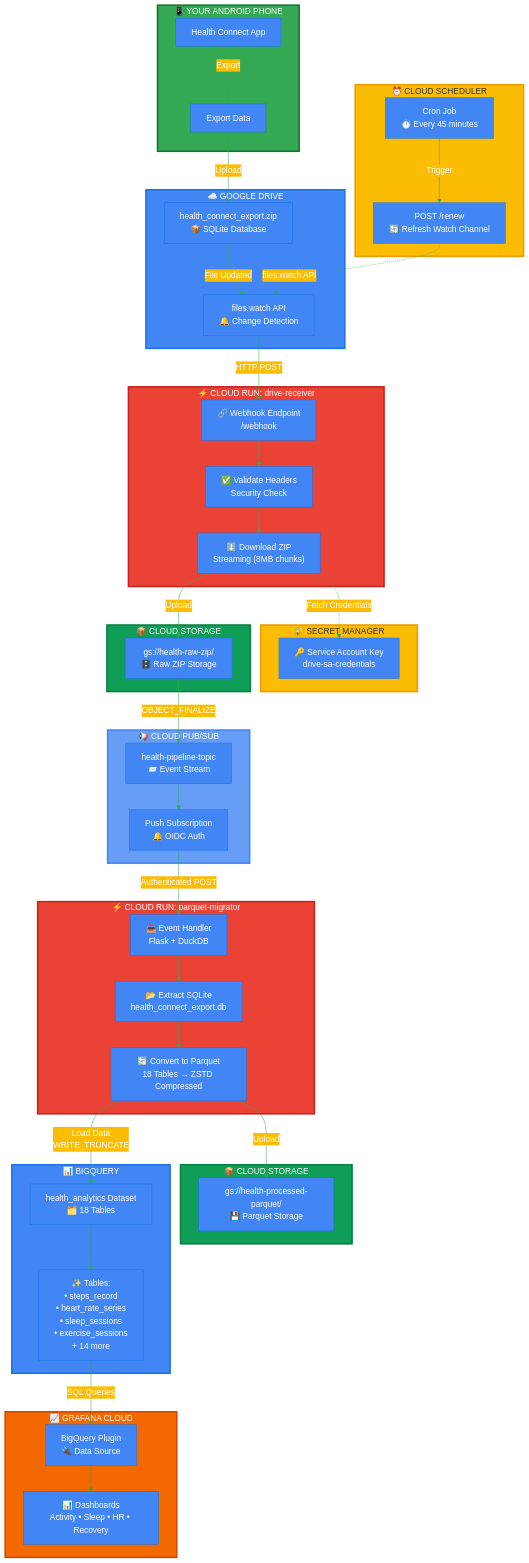
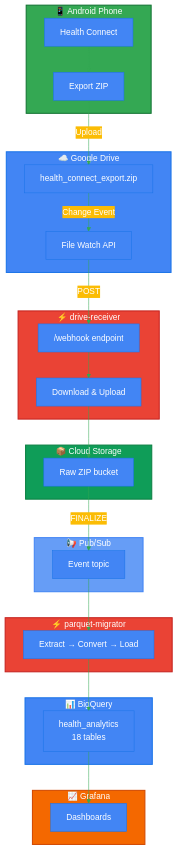
Before and after one commit to sai7teja/Health-connect: the diagram in README.md, drawn with Mermaid. The commit also changed other lines of this file, not shown here.

First line of the commit message:
docs: Rewrite README to be more concise and natural

````diff
--- a/README.md
+++ b/README.md
@@ -67,89 +20,57 @@
 %%{init: {'theme':'base', 'themeVariables': { 'primaryColor':'#4285f4','primaryTextColor':'#fff','primaryBorderColor':'#1a73e8','lineColor':'#34a853','secondaryColor':'#fbbc04','tertiaryColor':'#ea4335','fontSize':'16px'}}}%%
 
 graph TB
-    subgraph Phone["📱 YOUR ANDROID PHONE"]
-        HC[Health Connect App]
-        Export[Export Data]
-        HC -->|Export| Export
+    subgraph Phone["📱 Android Phone"]
+        HC[Health Connect]
+        Export[Export ZIP]
+        HC --> Export
     end
 
-    subgraph Drive["☁️ GOOGLE DRIVE"]
-        ZipFile["health_connect_export.zip<br/>📦 SQLite Database"]
-        Watch["files.watch API<br/>🔔 Change Detection"]
-        Export -->|Upload| ZipFile
-        ZipFile -->|File Updated| Watch
+    subgraph Drive["☁️ Google Drive"]
+        File["health_connect_export.zip"]
+        Watch["File Watch API"]
+        Export -->|Upload| File
+        File -->|Change Event| Watch
     end
 
-    subgraph CloudRun1["⚡ CLOUD RUN: drive-receiver"]
-        Webhook["🔗 Webhook Endpoint<br/>/webhook"]
-        Download["⬇️ Download ZIP<br/>Streaming (8MB chunks)"]
-        Validate["✅ Validate Headers<br/>Security Check"]
-        Watch -->|HTTP POST| Webhook
-        Webhook --> Validate
-        Validate --> Download
+    subgraph CR1["⚡ drive-receiver"]
+        Webhook["/webhook endpoint"]
+        Download["Download & Upload"]
+        Watch -->|POST| Webhook
+        Webhook --> Download
     end
 
-    subgraph SecretMgr["🔐 SECRET MANAGER"]
-        Creds["🔑 Service Account Key<br/>drive-sa-credentials"]
-        Download -.->|Fetch Credentials| Creds
+    subgraph Storage1["📦 Cloud Storage"]
+        Raw["Raw ZIP bucket"]
+        Download --> Raw
     end
 
-    subgraph GCS1["📦 CLOUD STORAGE"]
-        RawBucket["gs://health-raw-zip/<br/>🗄️ Raw ZIP Storage"]
-        Download -->|Upload| RawBucket
+    subgraph PS["📢 Pub/Sub"]
+        Topic["Event topic"]
+        Raw -->|FINALIZE| Topic
     end
 
-    subgraph PubSub["📢 CLOUD PUB/SUB"]
-        Topic["health-pipeline-topic<br/>📨 Event Stream"]
-        Subscription["Push Subscription<br/>🔔 OIDC Auth"]
-        RawBucket -->|OBJECT_FINALIZE| Topic
-        Topic --> Subscription
+    subgraph CR2["⚡ parquet-migrator"]
+        Process["Extract → Convert → Load"]
+        Topic --> Process
     end
 
-    subgraph CloudRun2["⚡ CLOUD RUN: parquet-migrator"]
-        Receiver["📥 Event Handler<br/>Flask + DuckDB"]
-        Extract["📂 Extract SQLite<br/>health_connect_export.db"]
-        Convert["🔄 Convert to Parquet<br/>18 Tables → ZSTD Compressed"]
-        Subscription -->|Authenticated POST| Receiver
-        Receiver --> Extract
-        Extract --> Convert
+    subgraph BQ["📊 BigQuery"]
+        Dataset["health_analytics<br/>18 tables"]
+        Process --> Dataset
     end
 
-    subgraph GCS2["📦 CLOUD STORAGE"]
-        ProcessedBucket["gs://health-processed-parquet/<br/>💾 Parquet Storage"]
-        Convert -->|Upload| ProcessedBucket
+    subgraph Graf["📈 Grafana"]
+        Dash["Dashboards"]
+        Dataset --> Dash
     end
 
-    subgraph BigQuery["📊 BIGQUERY"]
-        Dataset["health_analytics Dataset<br/>🗂️ 18 Tables"]
-        Tables["✨ Tables:<br/>• steps_record<br/>• heart_rate_series<br/>• sleep_sessions<br/>• exercise_sessions<br/>+ 14 more"]
-        Convert -->|Load Data<br/>WRITE_TRUNCATE| Dataset
-        Dataset --> Tables
-    end
-
-    subgraph Grafana["📈 GRAFANA CLOUD"]
-        Plugin["BigQuery Plugin<br/>🔌 Data Source"]
-        Dashboards["📊 Dashboards<br/>Activity • Sleep • HR • Recovery"]
-        Tables -->|SQL Queries| Plugin
-        Plugin --> Dashboards
-    end
-
-    subgraph Scheduler["⏰ CLOUD SCHEDULER"]
-        Cron["Cron Job<br/>⏱️ Every 45 minutes"]
-        Renew["POST /renew<br/>🔄 Refresh Watch Channel"]
-        Cron -->|Trigger| Renew
-        Renew -.->|files.watch API| Watch
-    end
-
-    style Phone fill:#34a853,stroke:#137333,stroke-width:3px,color:#fff
-    style Drive fill:#4285f4,stroke:#1a73e8,stroke-width:3px,color:#fff
-    style CloudRun1 fill:#ea4335,stroke:#c5221f,stroke-width:3px,color:#fff
-    style CloudRun2 fill:#ea4335,stroke:#c5221f,stroke-width:3px,color:#fff
-    style SecretMgr fill:#fbbc04,stroke:#f29900,stroke-width:3px,color:#333
-    style GCS1 fill:#0f9d58,stroke:#0b8043,stroke-width:3px,color:#fff
-    style GCS2 fill:#0f9d58,stroke:#0b8043,stroke-width:3px,color:#fff
-    style PubSub fill:#669df6,stroke:#4285f4,stroke-width:3px,color:#fff
-    style BigQuery fill:#4285f4,stroke:#1a73e8,stroke-width:3px,color:#fff
-    style Grafana fill:#f46800,stroke:#d14900,stroke-width:3px,color:#fff
-    style Scheduler fill:#fbbc04,stroke:#f29900,stroke-width:3px,color:#333
+    style Phone fill:#34a853,stroke:#137333,stroke-width:2px,color:#fff
+    style Drive fill:#4285f4,stroke:#1a73e8,stroke-width:2px,color:#fff
+    style CR1 fill:#ea4335,stroke:#c5221f,stroke-width:2px,color:#fff
+    style CR2 fill:#ea4335,stroke:#c5221f,stroke-width:2px,color:#fff
+    style Storage1 fill:#0f9d58,stroke:#0b8043,stroke-width:2px,color:#fff
+    style PS fill:#669df6,stroke:#4285f4,stroke-width:2px,color:#fff
+    style BQ fill:#4285f4,stroke:#1a73e8,stroke-width:2px,color:#fff
+    style Graf fill:#f46800,stroke:#d14900,stroke-width:2px,color:#fff
 ```
````
